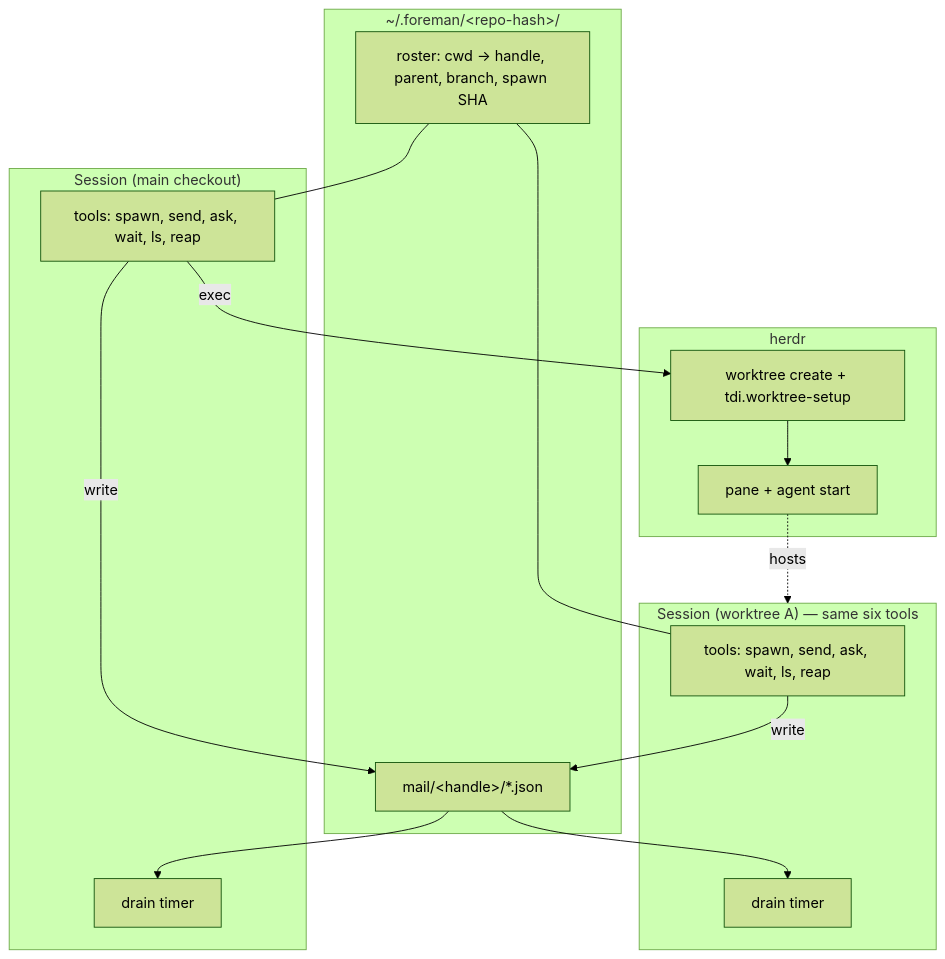
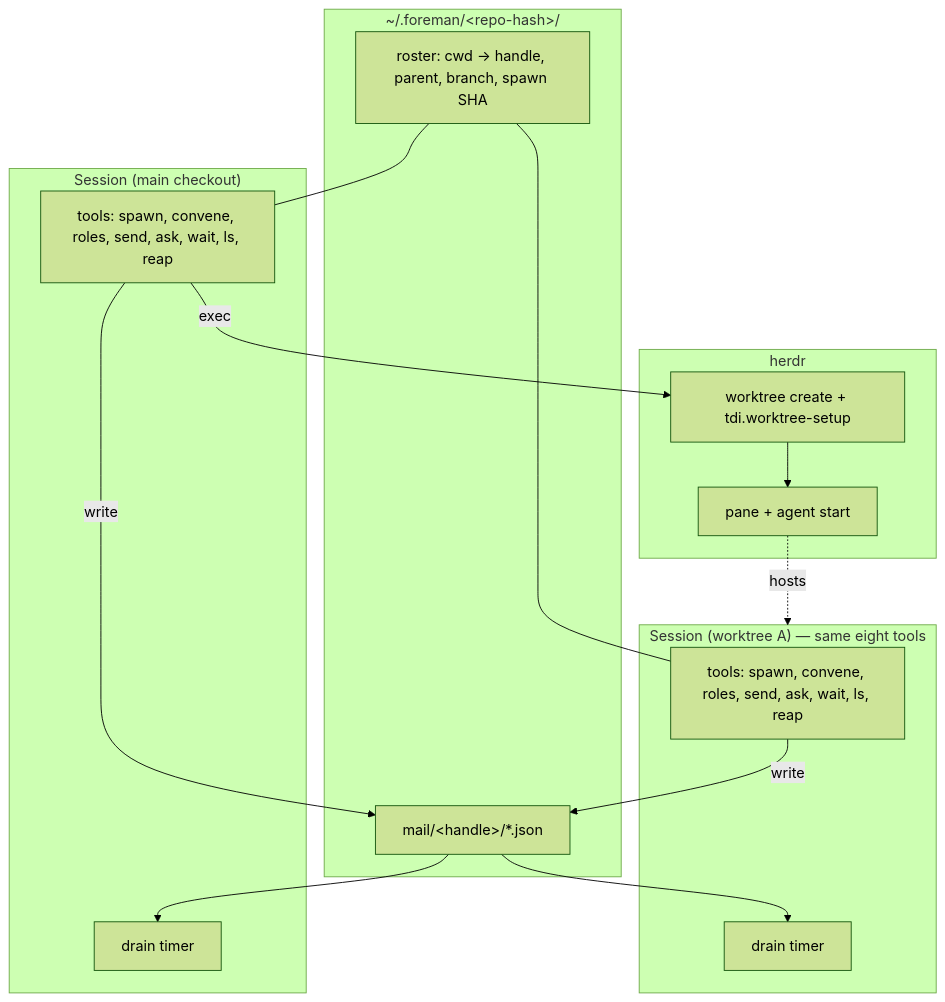
One commit to andyhite/foreman changed the diagram in docs/ARCHITECTURE.md. Above: the diagram before and after it, drawn with Mermaid (forest theme). The commit also changed other lines of this file and 10 other files, not shown here.

First line of the commit message:
feat: configurable roles, standing experts, and role support for spawn (v0.14.0)

````diff
--- a/docs/ARCHITECTURE.md
+++ b/docs/ARCHITECTURE.md
@@ -63,28 +63,28 @@
 ```mermaid
 graph TB
   subgraph a["Session (main checkout)"]
-    AT["tools: spawn, send, ask, wait, ls, reap"]
+    AT["tools: spawn, convene, roles, send, ask, wait, ls, reap"]
     AD["drain timer"]
   end
   subgraph bus["~/.foreman/&lt;repo-hash&gt;/"]
     M["mail/&lt;handle&gt;/*.json"]
     R["roster: cwd -&gt; handle, parent, branch, spawn SHA"]
   end
-  subgraph b["Session (worktree A) — same six tools"]
-    CT["tools: spawn, send, ask, wait, ls, reap"]
+  subgraph b["Session (worktree A) — same eight tools"]
+    CT["tools: spawn, convene, roles, send, ask, wait, ls, reap"]
     CD["drain timer"]
   end
   subgraph herdr["herdr"]
     HW["worktree create + tdi.worktree-setup"]
     HP["pane + agent start"]
   end
   AT -->|write| M
   CT -->|write| M
   M --> AD
   M --> CD
   R --- AT
   R --- CT
   AT -->|exec| HW
   HW --> HP
   HP -.hosts.-> b
 ```
````
